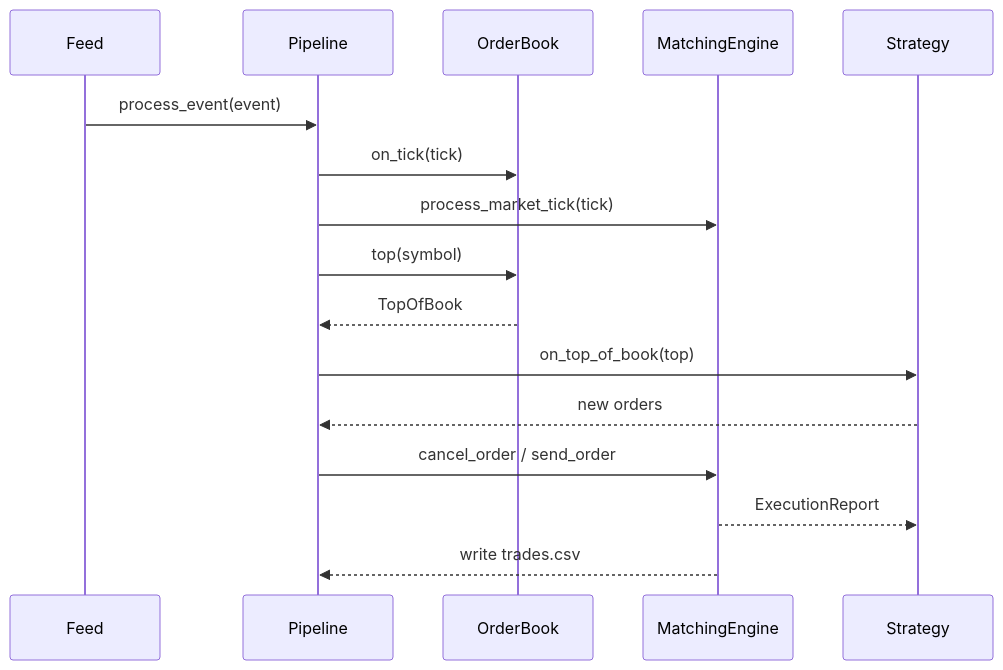
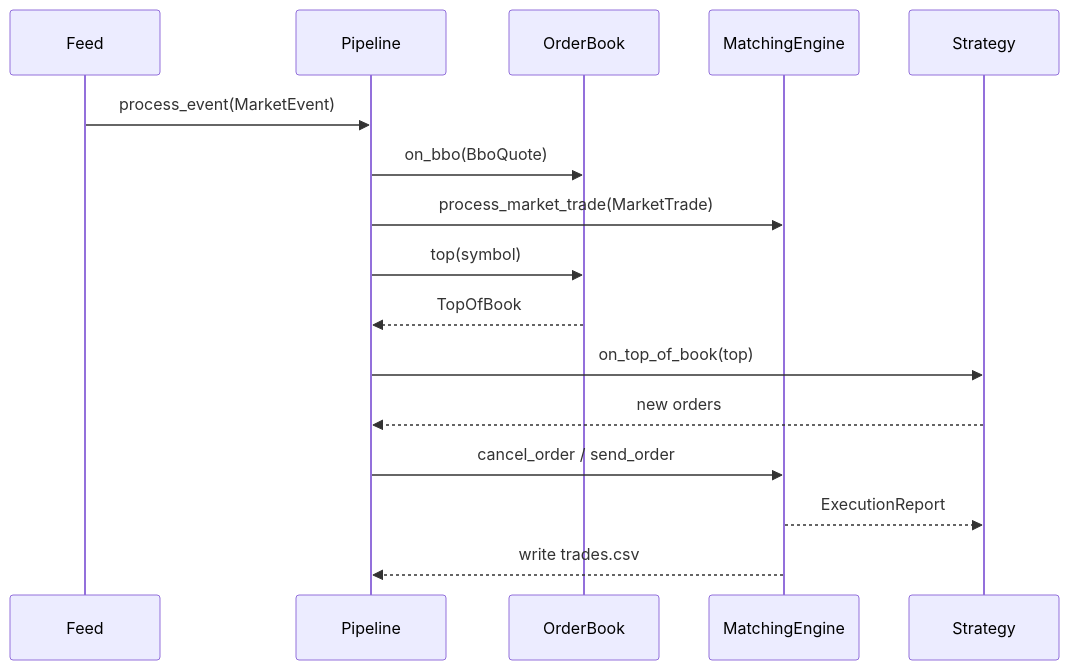
Before and after one commit to 12mango/ToyQuant-v1: the second of 4 diagrams in docs/ARCHITECTURE.md, drawn with Mermaid. The commit also changed other lines of this file and 9 other files, not shown here.

````diff
--- a/docs/ARCHITECTURE.md
+++ b/docs/ARCHITECTURE.md
@@ -143,18 +144,18 @@
 ```mermaid
 sequenceDiagram
     participant F as Feed
     participant P as Pipeline
     participant B as OrderBook
     participant M as MatchingEngine
     participant S as Strategy
-    F->>P: process_event(event)
-    P->>B: on_tick(tick)
-    P->>M: process_market_tick(tick)
+    F->>P: process_event(MarketEvent)
+    P->>B: on_bbo(BboQuote)
+    P->>M: process_market_trade(MarketTrade)
     P->>B: top(symbol)
     B-->>P: TopOfBook
     P->>S: on_top_of_book(top)
     S-->>P: new orders
     P->>M: cancel_order / send_order
     M-->>S: ExecutionReport
     M-->>P: write trades.csv
 ```
````
